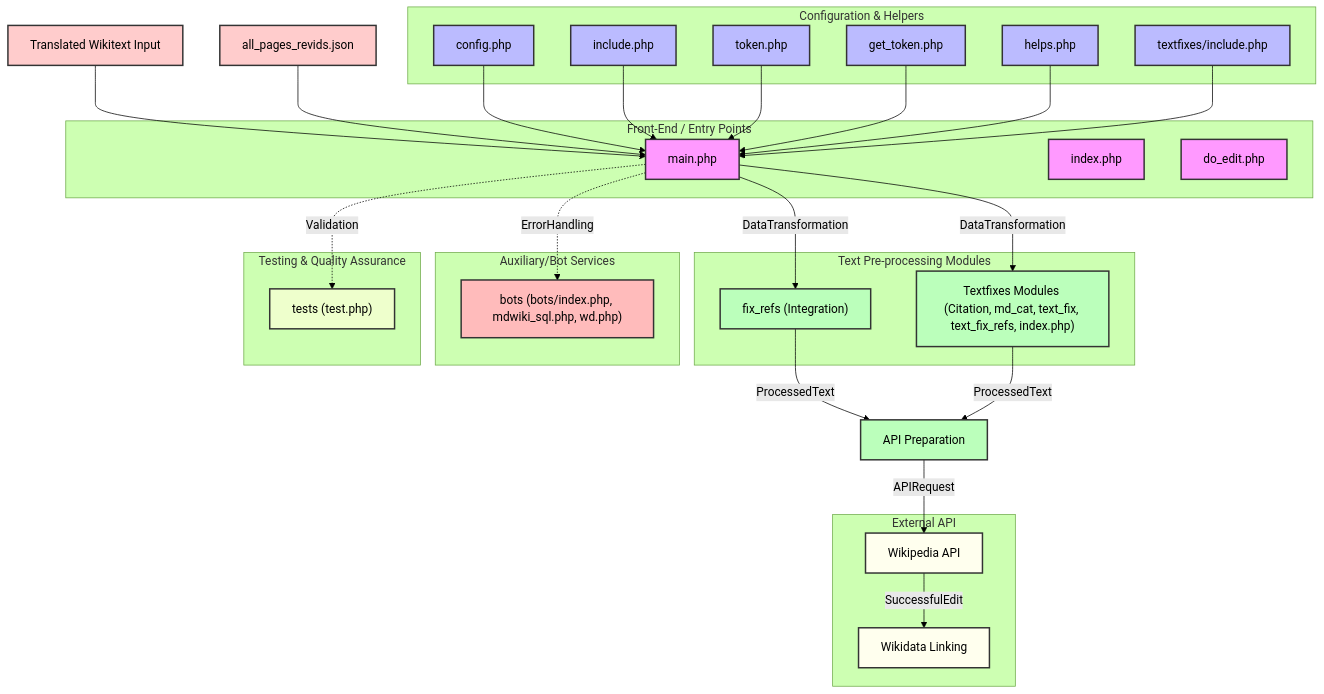
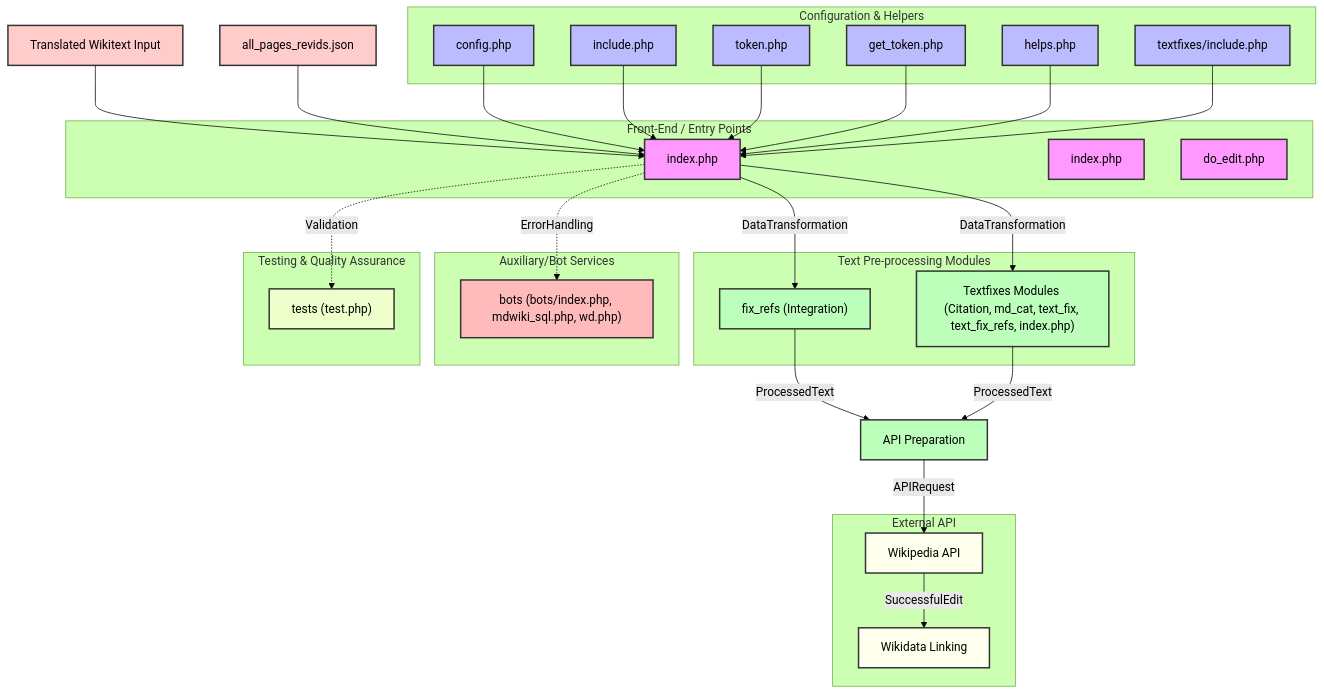
One commit to Mdwiki-TD/publish changed the diagram in README1.md. Above: the diagram before and after it, drawn with Mermaid (forest theme). The commit also changed other lines of this file and 2 other files, not shown here.

```diff
--- a/README1.md
+++ b/README1.md
@@ -78,7 +78,7 @@
 
     %% Front-End / Entry Points
     subgraph "Front-End / Entry Points"
-        MP["main.php"]:::entrypoint
+        MP["index.php"]:::entrypoint
         IP["index.php"]:::entrypoint
         DEP["do_edit.php"]:::entrypoint
     end
@@ -149,7 +149,7 @@
     classDef input fill:#fcc,stroke:#333,stroke-width:2px;
 
     %% Click Events for Component Mapping
-    click MP "https://github.com/mdwiki-td/publish/blob/main/main.php"
+    click MP "https://github.com/mdwiki-td/publish/blob/main/index.php"
     click IP "https://github.com/mdwiki-td/publish/blob/main/index.php"
     click DEP "https://github.com/mdwiki-td/publish/blob/main/do_edit.php"
     click FR "https://github.com/mdwiki-td/publish/tree/main/fix_refs"
```
